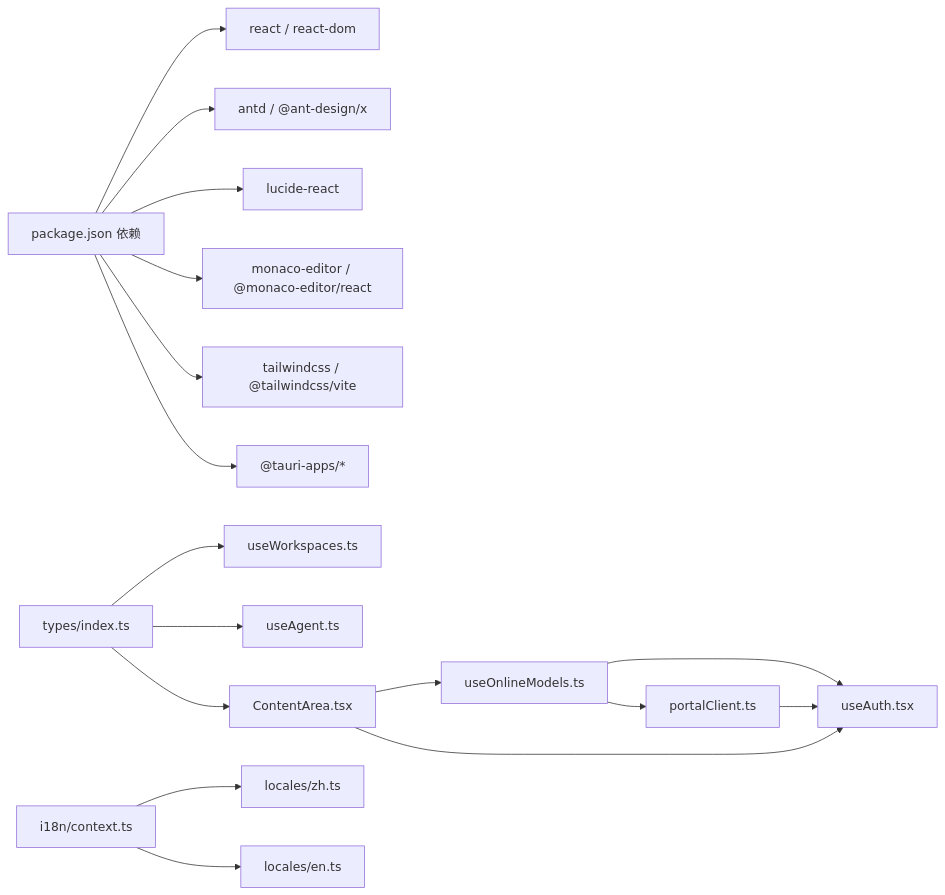
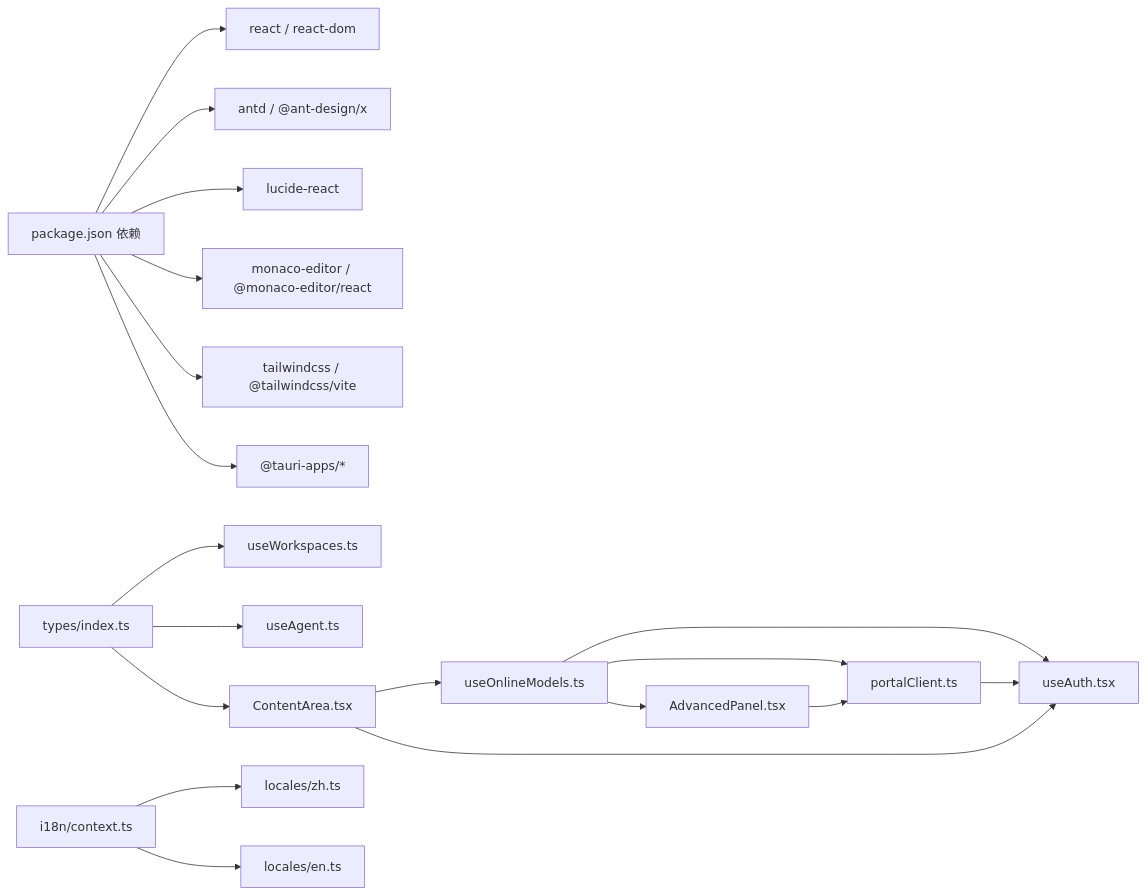
One commit to RabbitAI-Lab/RabbitCoding changed the eighth of 8 diagrams in .qoder/repowiki/zh/content/前端应用架构/前端应用架构.md. Above: the diagram before and after it, drawn with Mermaid. The commit also changed other lines of this file and 36 other files, not shown here.

````diff
--- a/.qoder/repowiki/zh/content/前端应用架构/前端应用架构.md
+++ b/.qoder/repowiki/zh/content/前端应用架构/前端应用架构.md
@@ -430,19 +474,21 @@
 ```mermaid
 graph LR
 PKG["package.json 依赖"] --> REACT["react / react-dom"]
 PKG --> ANT["antd / @ant-design/x"]
 PKG --> ICON["lucide-react"]
 PKG --> MONACO["monaco-editor / @monaco-editor/react"]
 PKG --> TAI["tailwindcss / @tailwindcss/vite"]
 PKG --> TAURI["@tauri-apps/*"]
 TYPES["types/index.ts"] --> WS["useWorkspaces.ts"]
 TYPES --> AG["useAgent.ts"]
 TYPES --> CT["ContentArea.tsx"]
 I18N["i18n/context.ts"] --> LOCALE_ZH["locales/zh.ts"]
 I18N --> LOCALE_EN["locales/en.ts"]
 ONLINE_MODELS["useOnlineModels.ts"] --> PORTAL["portalClient.ts"]
 ONLINE_MODELS --> AUTH["useAuth.tsx"]
 PORTAL --> AUTH
 CT --> ONLINE_MODELS
 CT --> AUTH
+ADVANCED["AdvancedPanel.tsx"] --> PORTAL
+ONLINE_MODELS --> ADVANCED
 ```
````
